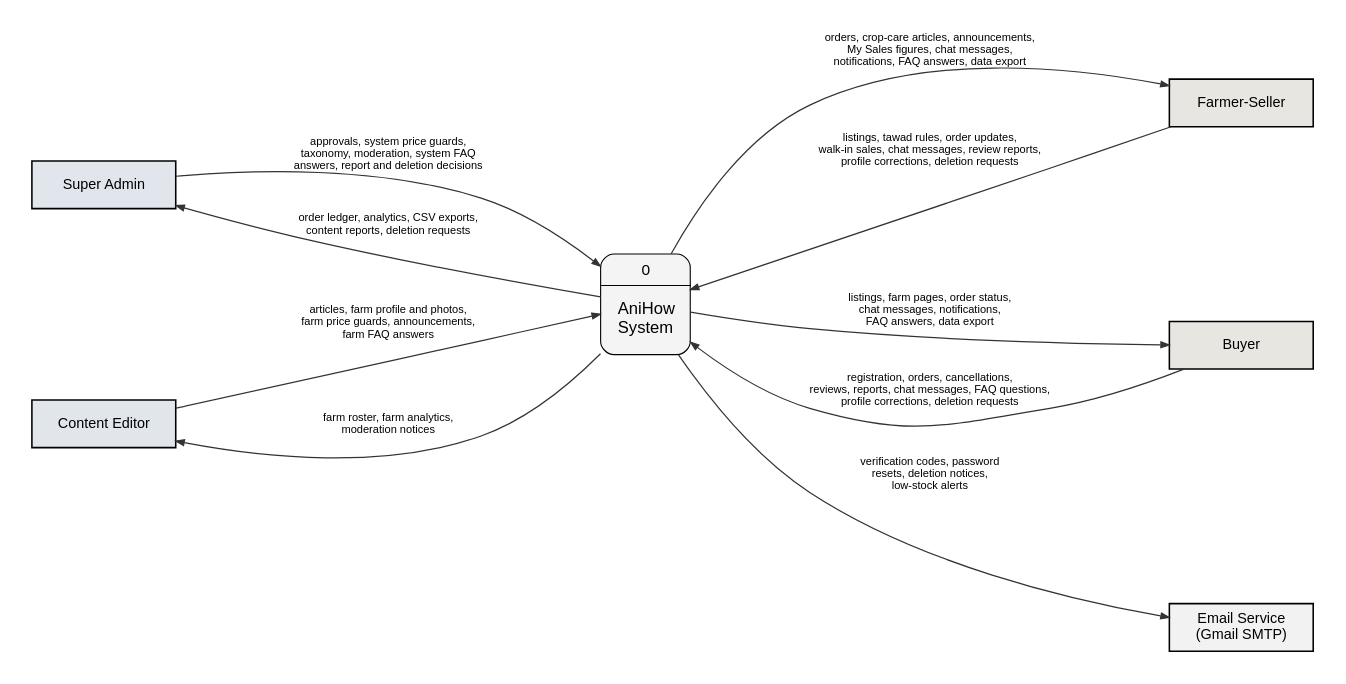
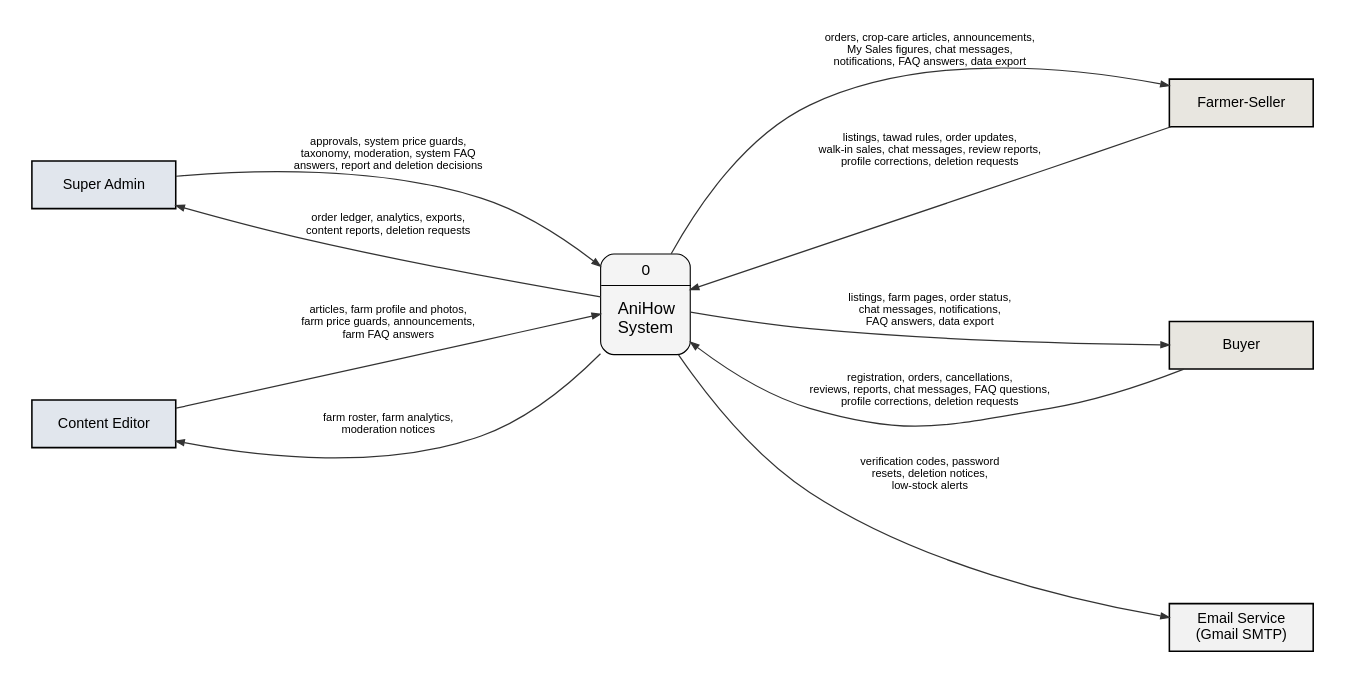
The diagram in docs/manuscript/figures/src/fig6_context_dfd.dot (shawncastaneda11-commits/anihow-backend), drawn with Graphviz before and after one commit. The commit also changed 16 other files, not shown here.

First line of the commit message:
Say exports and reports instead of CSV in the analytics figures

```diff
--- a/docs/manuscript/figures/src/fig6_context_dfd.dot
+++ b/docs/manuscript/figures/src/fig6_context_dfd.dot
@@ -1,34 +1,34 @@
 // Figure 6. Context diagram (data flow diagram, level 0) of AniHow (v3.5), Gane-Sarson notation.
 digraph G {
   graph [rankdir=LR, nodesep=1.5, ranksep=3.0, pad=0.3, fontname="Liberation Sans", newrank=true, splines=true];
   node  [fontname="Liberation Sans", fontsize=13];
   edge  [penwidth=1.1, arrowsize=0.75, color="#333333", fontname="Liberation Sans", fontsize=10];
 
   node [shape=box, style="filled", penwidth=1.4, width=1.8, height=0.6];
   sa [label="Super Admin",    fillcolor="#E1E6ED"];
   ce [label="Content Editor", fillcolor="#E1E6ED"];
   fs [label="Farmer-Seller",  fillcolor="#E8E6E0"];
   by [label="Buyer",          fillcolor="#E8E6E0"];
   em [label="Email Service\n(Gmail SMTP)", fillcolor="#F2F2F2"];
 
   sys [shape=plaintext, style="", fillcolor=none, width=0, height=0, margin=0, label=<<TABLE STYLE="ROUNDED" BORDER="1" CELLBORDER="0" CELLSPACING="0" CELLPADDING="6" BGCOLOR="#F4F4F4">
        <TR><TD><FONT POINT-SIZE="14">0</FONT></TD></TR><HR/>
        <TR><TD CELLPADDING="14"><FONT POINT-SIZE="15">AniHow<BR/>System</FONT></TD></TR></TABLE>>];
 
   sa -> sys [label="approvals, system price guards,\ntaxonomy, moderation, system FAQ\nanswers, report and deletion decisions"];
-  sys -> sa [label="order ledger, analytics, CSV exports,\ncontent reports, deletion requests"];
+  sys -> sa [label="order ledger, analytics, exports,\ncontent reports, deletion requests"];
 
   ce -> sys [label="articles, farm profile and photos,\nfarm price guards, announcements,\nfarm FAQ answers"];
   sys -> ce [label="farm roster, farm analytics,\nmoderation notices"];
 
   sys -> fs [label="orders, crop-care articles, announcements,\nMy Sales figures, chat messages,\nnotifications, FAQ answers, data export"];
   sys -> fs [dir=back, label="listings, tawad rules, order updates,\nwalk-in sales, chat messages, review reports,\nprofile corrections, deletion requests"];
 
   sys -> by [label="listings, farm pages, order status,\nchat messages, notifications,\nFAQ answers, data export"];
   sys -> by [dir=back, label="registration, orders, cancellations,\nreviews, reports, chat messages, FAQ questions,\nprofile corrections, deletion requests"];
 
   sys -> em [label="verification codes, password\nresets, deletion notices,\nlow-stock alerts"];
 
   {rank=same; sa ce}
   {rank=same; fs by em}
 }
```
